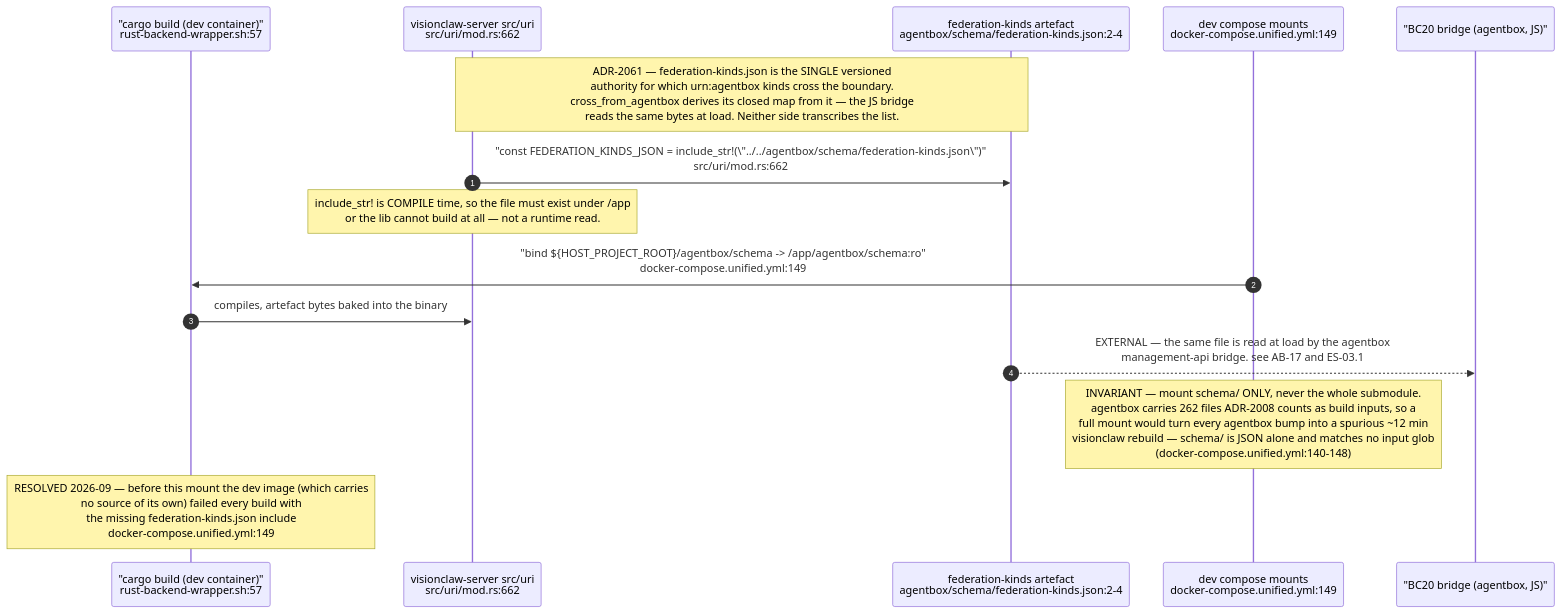
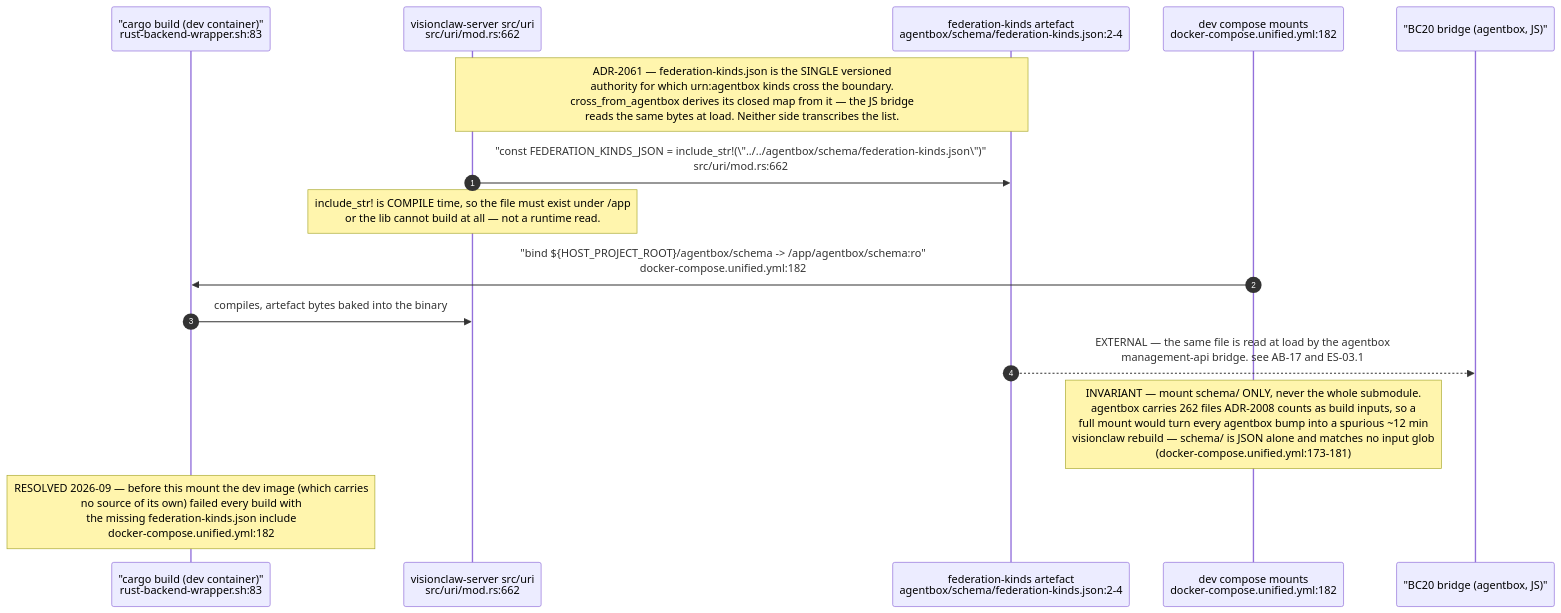
Diagram 20 of 24 in docs/diagrams/estate/09-build-deploy-and-ci-estate.md (DreamLab-AI/VisionFlow), drawn with Mermaid before and after one commit. The commit also changed other lines of this file and 160 other files, not shown here.

````diff
--- a/docs/diagrams/estate/09-build-deploy-and-ci-estate.md
+++ b/docs/diagrams/estate/09-build-deploy-and-ci-estate.md
@@ -692,18 +705,18 @@
 ```mermaid
 sequenceDiagram
     autonumber
-    participant CB as "cargo build (dev container)"<br/>rust-backend-wrapper.sh:57
+    participant CB as "cargo build (dev container)"<br/>rust-backend-wrapper.sh:83
     participant URI as visionclaw-server src/uri<br/>src/uri/mod.rs:662
     participant FK as federation-kinds artefact<br/>agentbox/schema/federation-kinds.json:2-4
-    participant CMP as dev compose mounts<br/>docker-compose.unified.yml:149
+    participant CMP as dev compose mounts<br/>docker-compose.unified.yml:182
     participant BR as "BC20 bridge (agentbox, JS)"
 
     Note over URI,FK: ADR-2061 — federation-kinds.json is the SINGLE versioned<br/>authority for which urn:agentbox kinds cross the boundary.<br/>cross_from_agentbox derives its closed map from it — the JS bridge<br/>reads the same bytes at load. Neither side transcribes the list.
     URI->>FK: "const FEDERATION_KINDS_JSON = include_str!(\"../../agentbox/schema/federation-kinds.json\")"<br/>src/uri/mod.rs:662
     Note over URI: include_str! is COMPILE time, so the file must exist under /app<br/>or the lib cannot build at all — not a runtime read.
-    CMP->>CB: "bind ${HOST_PROJECT_ROOT}/agentbox/schema -> /app/agentbox/schema:ro"<br/>docker-compose.unified.yml:149
+    CMP->>CB: "bind ${HOST_PROJECT_ROOT}/agentbox/schema -> /app/agentbox/schema:ro"<br/>docker-compose.unified.yml:182
     CB->>URI: compiles, artefact bytes baked into the binary
     FK-->>BR: EXTERNAL — the same file is read at load by the agentbox<br/>management-api bridge. see AB-17 and ES-03.1
-    Note over CMP: INVARIANT — mount schema/ ONLY, never the whole submodule.<br/>agentbox carries 262 files ADR-2008 counts as build inputs, so a<br/>full mount would turn every agentbox bump into a spurious ~12 min<br/>visionclaw rebuild — schema/ is JSON alone and matches no input glob<br/>(docker-compose.unified.yml:140-148)
-    Note over CB: RESOLVED 2026-09 — before this mount the dev image (which carries<br/>no source of its own) failed every build with<br/>the missing federation-kinds.json include<br/>docker-compose.unified.yml:149
+    Note over CMP: INVARIANT — mount schema/ ONLY, never the whole submodule.<br/>agentbox carries 262 files ADR-2008 counts as build inputs, so a<br/>full mount would turn every agentbox bump into a spurious ~12 min<br/>visionclaw rebuild — schema/ is JSON alone and matches no input glob<br/>(docker-compose.unified.yml:173-181)
+    Note over CB: RESOLVED 2026-09 — before this mount the dev image (which carries<br/>no source of its own) failed every build with<br/>the missing federation-kinds.json include<br/>docker-compose.unified.yml:182
 ```
````
